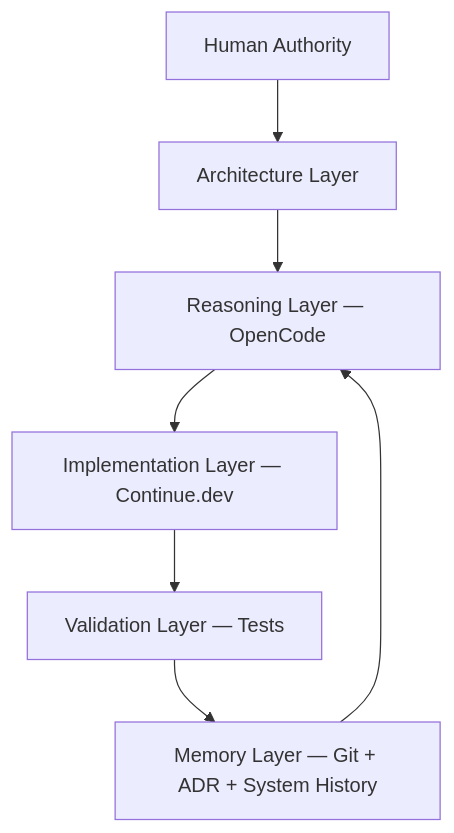
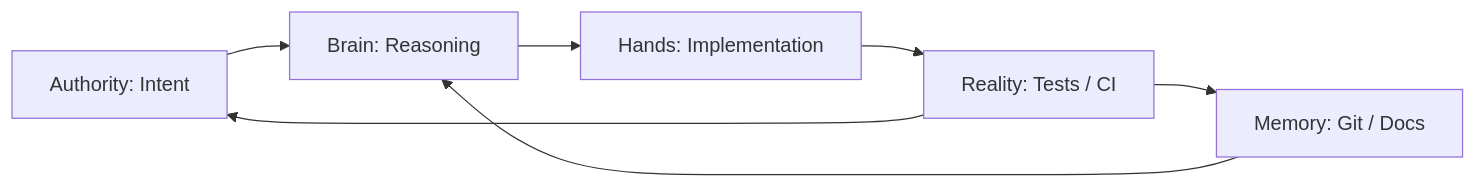
The diagram in AI/ai-native-fullstack-tutorial.md (seanwhs/Tutorials), drawn with Mermaid before and after one commit. The commit also changed other lines of this file, not shown here.

````diff
--- a/AI/ai-native-fullstack-tutorial.md
+++ b/AI/ai-native-fullstack-tutorial.md
@@ -114,13 +42,9 @@
 ```mermaid
-flowchart TD
-
-H[Human Authority]
-A[Architecture Layer]
-R[Reasoning Layer — OpenCode]
-I[Implementation Layer — Continue.dev]
-V[Validation Layer — Tests]
-M[Memory Layer — Git + ADR + System History]
-
-H --> A --> R --> I --> V --> M
-M --> R
+flowchart LR
+A[Authority: Intent] --> B[Brain: Reasoning]
+B --> C[Hands: Implementation]
+C --> D[Reality: Tests / CI]
+D --> E[Memory: Git / Docs]
+E --> B
+D --> A
 ```
````
